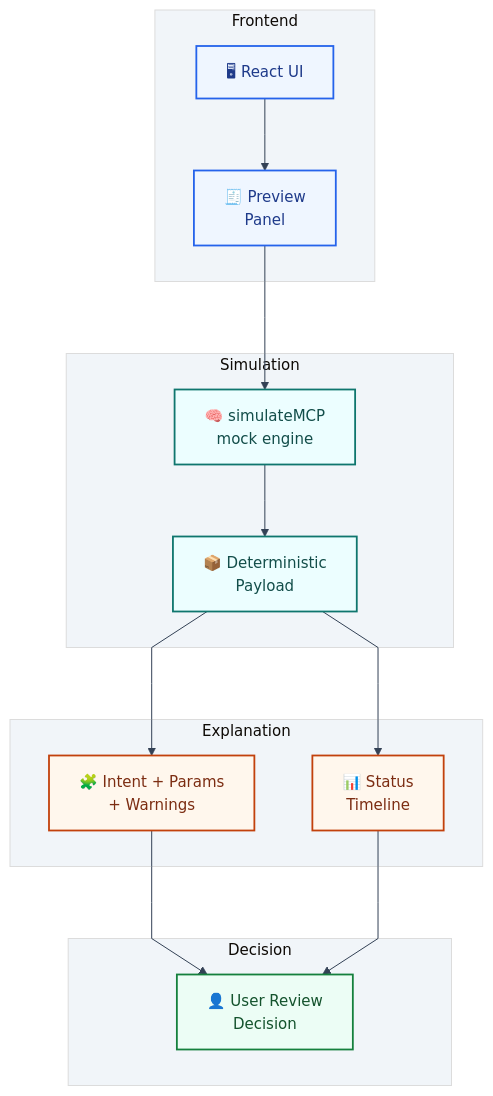
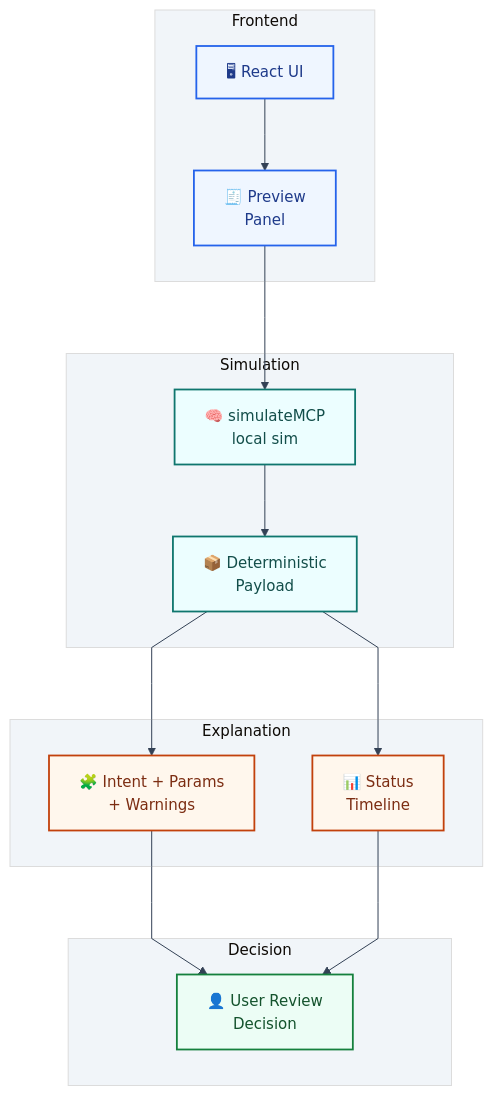
One commit to sunshineluyao/Moss-Mcp-Transaction changed the fourth of 8 diagrams in README.md. Above: the diagram before and after it, drawn with Mermaid. The commit also changed other lines of this file, not shown here.

Commit message:
docs: clarify local simulation vs live Moss MCP

````diff
--- a/README.md
+++ b/README.md
@@ -357,34 +357,34 @@
 ```mermaid
 %%{init: {'theme':'base','flowchart': {'htmlLabels': true, 'nodeSpacing': 58, 'rankSpacing': 72, 'curve': 'linear'},'themeVariables': {'fontFamily':'Trebuchet MS, Segoe UI, sans-serif','fontSize':'15px','primaryColor':'#eef6ff','primaryBorderColor':'#3b82f6','primaryTextColor':'#0f172a','lineColor':'#334155','secondaryColor':'#f8fafc','tertiaryColor':'#f1f5f9','edgeLabelBackground':'#e2e8f0'}}}%%
 flowchart TB
   subgraph L1[Frontend]
     UI["🖥 React UI"] --> Preview["🧾 Preview<br/>Panel"]
   end
 
   subgraph L2[Simulation]
-    Engine["🧠 simulateMCP<br/>mock engine"] --> Data["📦 Deterministic<br/>Payload"]
+    Engine["🧠 simulateMCP<br/>local sim"] --> Data["📦 Deterministic<br/>Payload"]
   end
 
   subgraph L3[Explanation]
     Cards["🧩 Intent + Params<br/>+ Warnings"]
     Timeline["📊 Status<br/>Timeline"]
   end
 
   subgraph L4[Decision]
     User["👤 User Review<br/>Decision"]
   end
 
   Preview --> Engine
   Data --> Cards --> User
   Data --> Timeline --> User
 
   classDef frontend fill:#eff6ff,stroke:#2563eb,stroke-width:1.8px,color:#1e3a8a;
   classDef sim fill:#ecfeff,stroke:#0f766e,stroke-width:1.8px,color:#134e4a;
   classDef explain fill:#fff7ed,stroke:#c2410c,stroke-width:1.8px,color:#7c2d12;
   classDef decision fill:#ecfdf5,stroke:#15803d,stroke-width:1.8px,color:#14532d;
 
   class UI,Preview frontend;
   class Engine,Data sim;
   class Cards,Timeline explain;
   class User decision;
 ```
````
